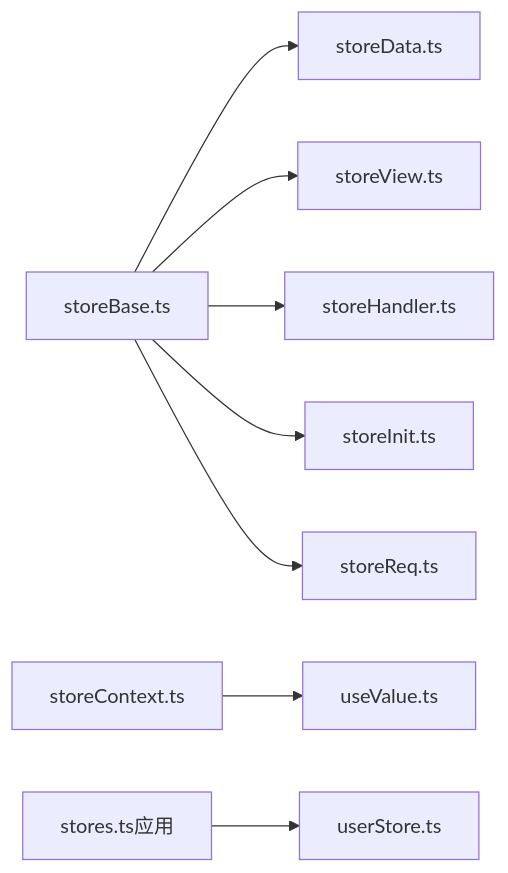
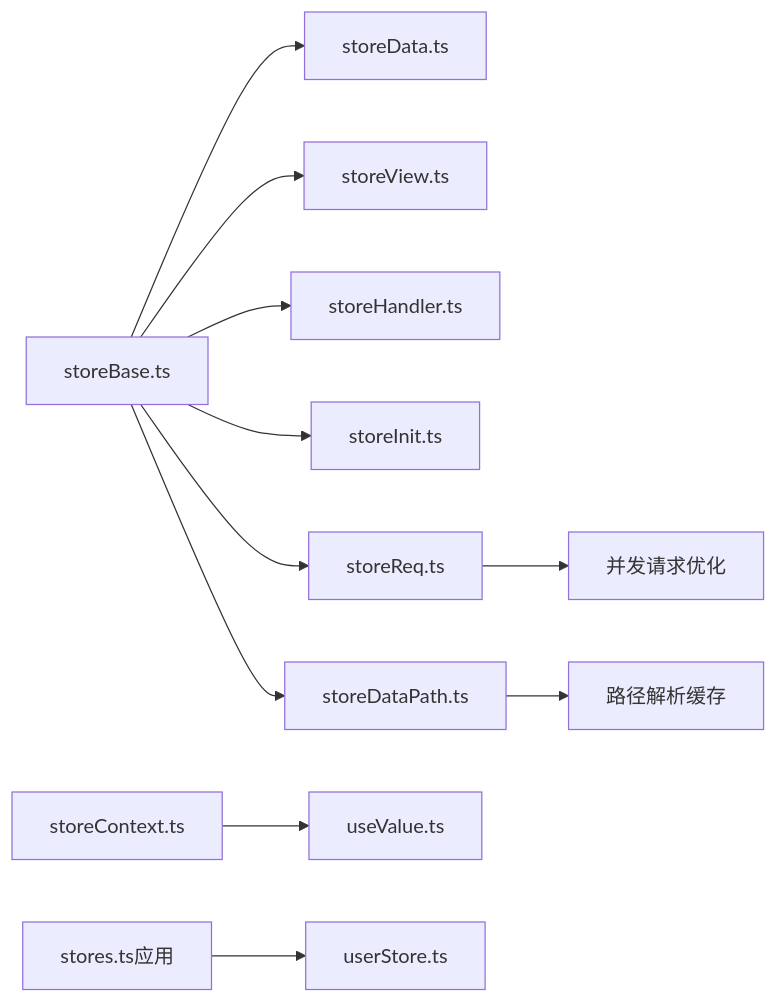
One commit to liqiongke/FrontArk changed the sixth of 9 diagrams in .qoder/repowiki/zh/content/框架核心/状态管理.md. Above: the diagram before and after it, drawn with Mermaid. The commit also changed other lines of this file and 25 other files, not shown here.

````diff
--- a/.qoder/repowiki/zh/content/框架核心/状态管理.md
+++ b/.qoder/repowiki/zh/content/框架核心/状态管理.md
@@ -276,10 +302,13 @@
 ```mermaid
 graph LR
 SB["storeBase.ts"] --> SD["storeData.ts"]
 SB --> SV["storeView.ts"]
 SB --> SH["storeHandler.ts"]
 SB --> SI["storeInit.ts"]
 SB --> SR["storeReq.ts"]
+SB --> SDP["storeDataPath.ts"]
 CTX["storeContext.ts"] --> Hook["useValue.ts"]
 App["stores.ts应用"] --> US["userStore.ts"]
+SDP --> PC["路径解析缓存"]
+SR --> CO["并发请求优化"]
 ```
````
